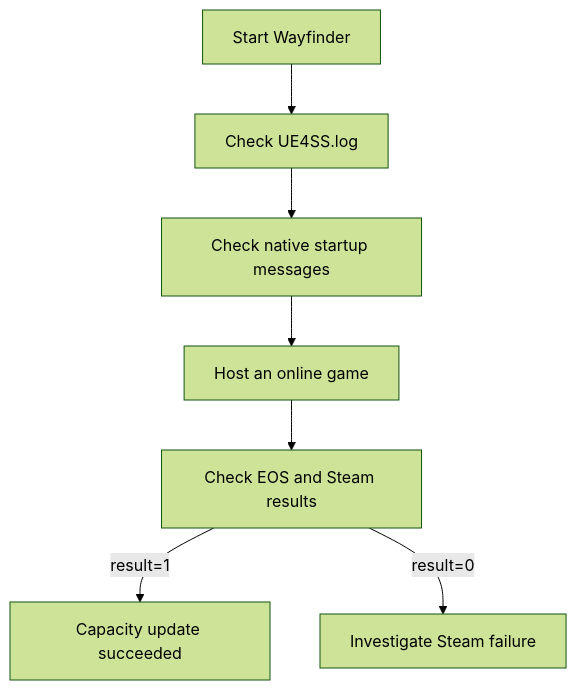
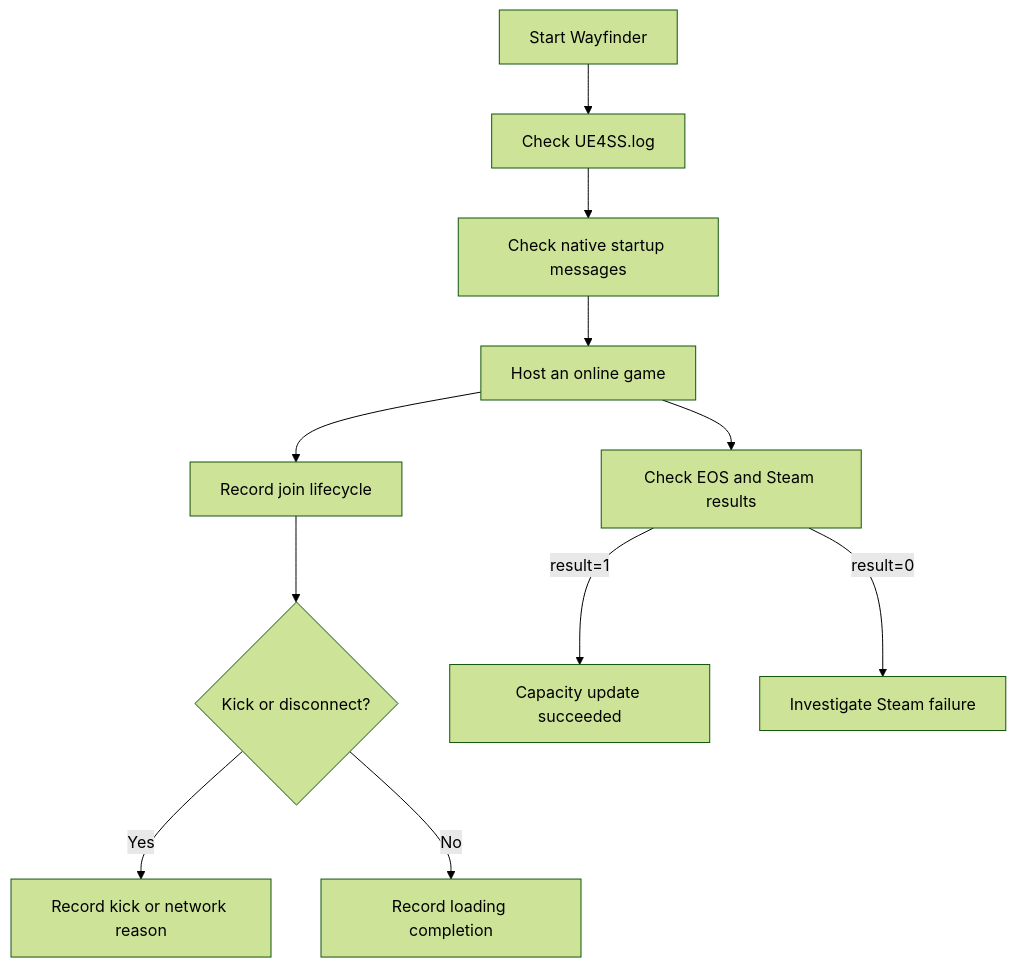
Before and after one commit to TheAngryByrd/Wayfinder-Mods: the diagram in lode/runtime/diagnostics.md, drawn with Mermaid (forest theme). The commit also changed other lines of this file and 35 other files, not shown here.

````diff
--- a/lode/runtime/diagnostics.md
+++ b/lode/runtime/diagnostics.md
@@ -6,9 +6,13 @@
 ```mermaid
 flowchart TD
     Start[Start Wayfinder] --> UE4SS[Check UE4SS.log]
     UE4SS --> Native[Check native startup messages]
     Native --> Host[Host an online game]
     Host --> Capacity[Check EOS and Steam results]
+    Host --> Join[Record join lifecycle]
+    Join --> Kick{Kick or disconnect?}
+    Kick -->|Yes| Reason[Record kick or network reason]
+    Kick -->|No| Complete[Record loading completion]
     Capacity -->|result=1| Pass[Capacity update succeeded]
     Capacity -->|result=0| Fail[Investigate Steam failure]
 ```
````
